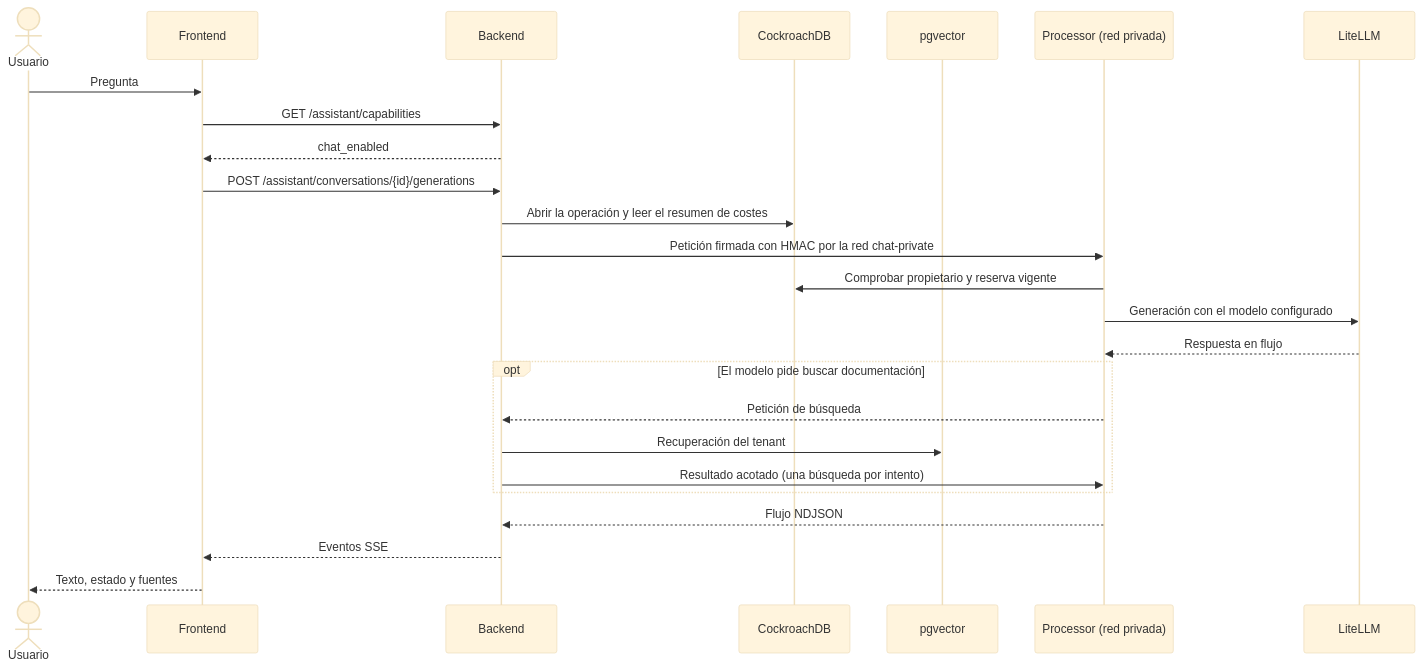
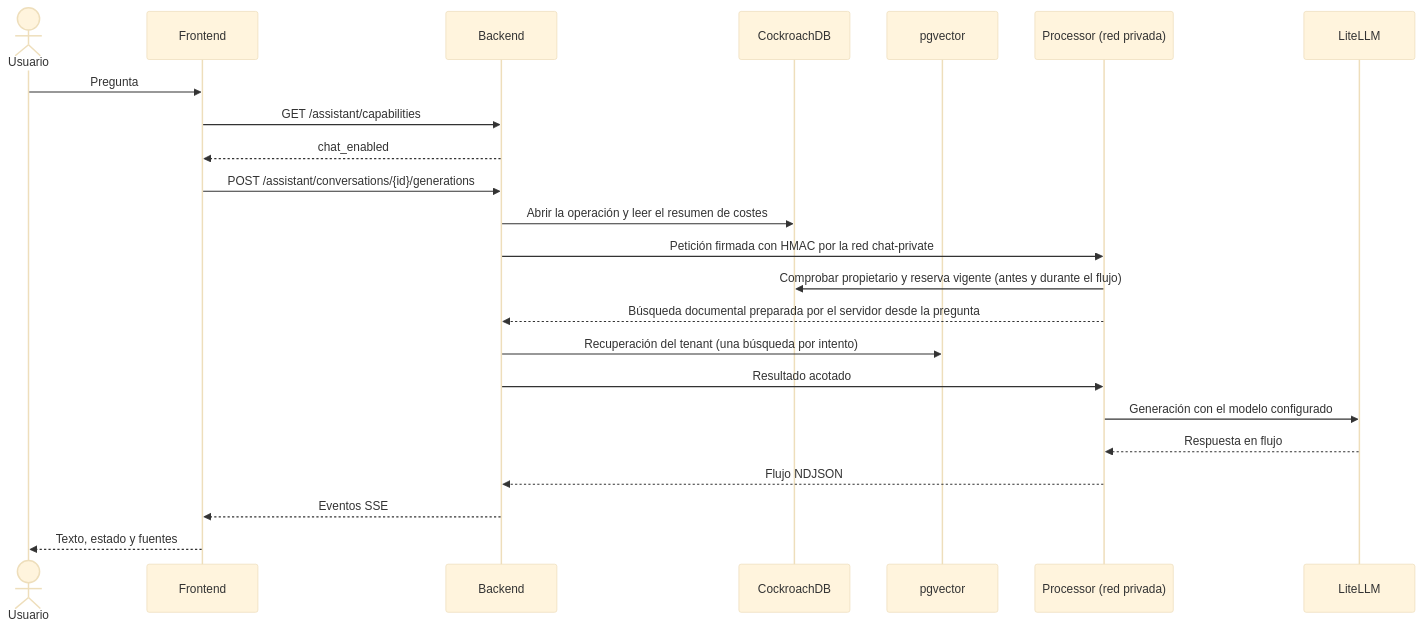
Before and after one commit to EconomiconFinOps/tfm-economicon: the third of 10 diagrams in docs/architecture.md, drawn with Mermaid (base theme). The commit also changed other lines of this file and 1 other file, not shown here.

Commit message:
docs(JUP-138): atender la review de Paris (búsqueda preparada por el servidor, red gateway y secreto del resumen)

````diff
--- a/docs/architecture.md
+++ b/docs/architecture.md
@@ -175,27 +175,25 @@
 ```mermaid
 sequenceDiagram
   actor U as Usuario
   participant UI as Frontend
   participant B as Backend
   participant DB as CockroachDB
   participant V as pgvector
   participant P as Processor (red privada)
   participant GW as LiteLLM
   U->>UI: Pregunta
   UI->>B: GET /assistant/capabilities
   B-->>UI: chat_enabled
   UI->>B: POST /assistant/conversations/{id}/generations
   B->>DB: Abrir la operación y leer el resumen de costes
   B->>P: Petición firmada con HMAC por la red chat-private
-  P->>DB: Comprobar propietario y reserva vigente
+  P->>DB: Comprobar propietario y reserva vigente (antes y durante el flujo)
+  P-->>B: Búsqueda documental preparada por el servidor desde la pregunta
+  B->>V: Recuperación del tenant (una búsqueda por intento)
+  B->>P: Resultado acotado
   P->>GW: Generación con el modelo configurado
   GW-->>P: Respuesta en flujo
-  opt El modelo pide buscar documentación
-    P-->>B: Petición de búsqueda
-    B->>V: Recuperación del tenant
-    B->>P: Resultado acotado (una búsqueda por intento)
-  end
   P-->>B: Flujo NDJSON
   B-->>UI: Eventos SSE
   UI-->>U: Texto, estado y fuentes
 ```
````
